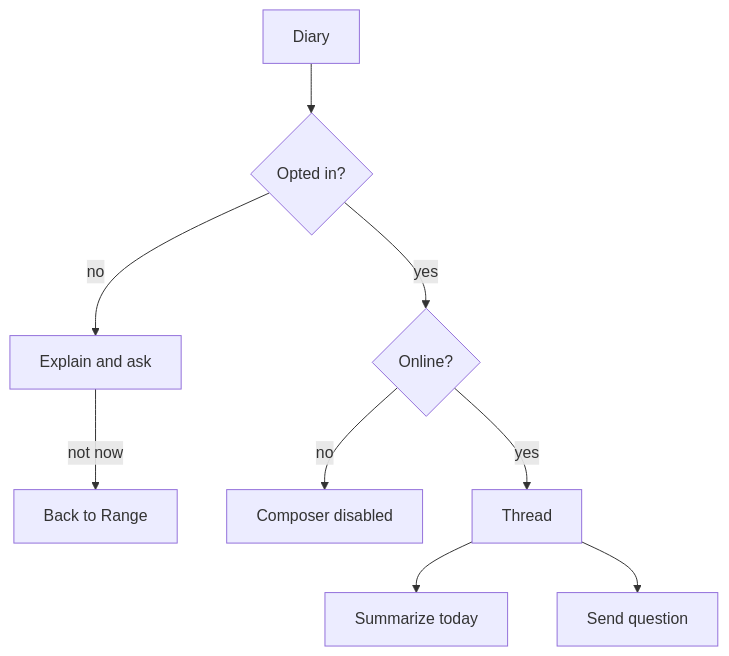
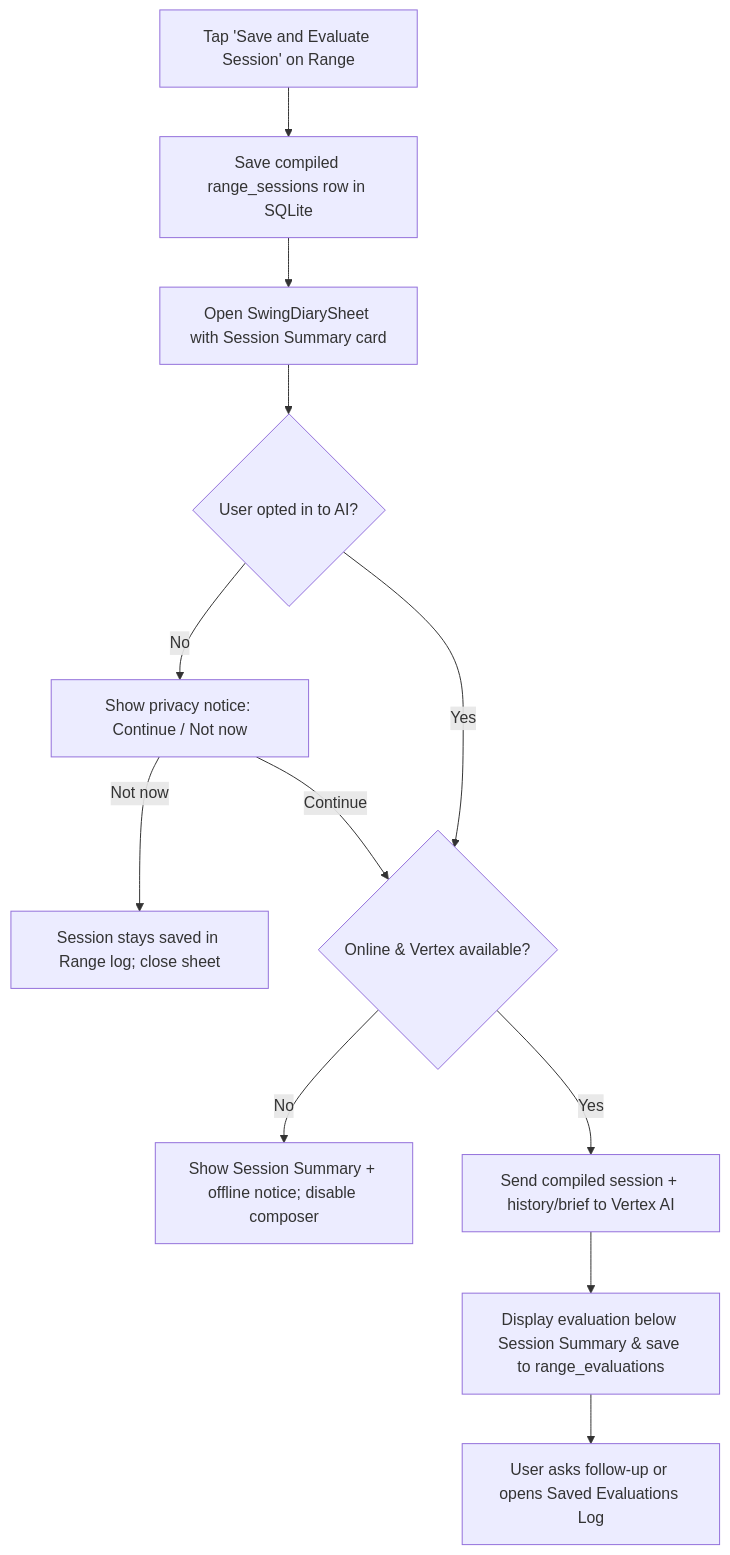
The diagram in docs/context/designs/Wireframe_SwingDiary.md (ograva/My-Golf-Diary), drawn with Mermaid before and after one commit. The commit also changed other lines of this file and 10 other files, not shown here.

First line of the commit message:
docs(prd,arch): add RNGE-005 session note and compiled range session log (#28)

````diff
--- a/docs/context/designs/Wireframe_SwingDiary.md
+++ b/docs/context/designs/Wireframe_SwingDiary.md
@@ -55,11 +125,14 @@
 ```mermaid
 flowchart TD
-  open[Diary] --> opt{Opted in?}
-  opt -->|no| ask[Explain and ask]
-  ask -->|not now| range[Back to Range]
-  opt -->|yes| net{Online?}
-  net -->|no| off[Composer disabled]
-  net -->|yes| chat[Thread]
-  chat --> sum[Summarize today]
-  chat --> send[Send question]
+  saveEval[Tap 'Save and Evaluate Session' on Range] --> compile[Save compiled range_sessions row in SQLite]
+  compile --> openSheet[Open SwingDiarySheet with Session Summary card]
+  openSheet --> optIn{User opted in to AI?}
+  optIn -->|No| askOpt[Show privacy notice: Continue / Not now]
+  askOpt -->|Not now| staySaved[Session stays saved in Range log; close sheet]
+  askOpt -->|Continue| checkNet{Online & Vertex available?}
+  optIn -->|Yes| checkNet
+  checkNet -->|No| offlineState[Show Session Summary + offline notice; disable composer]
+  checkNet -->|Yes| callVertex[Send compiled session + history/brief to Vertex AI]
+  callVertex --> renderEval[Display evaluation below Session Summary & save to range_evaluations]
+  renderEval --> followUp[User asks follow-up or opens Saved Evaluations Log]
 ```
````
